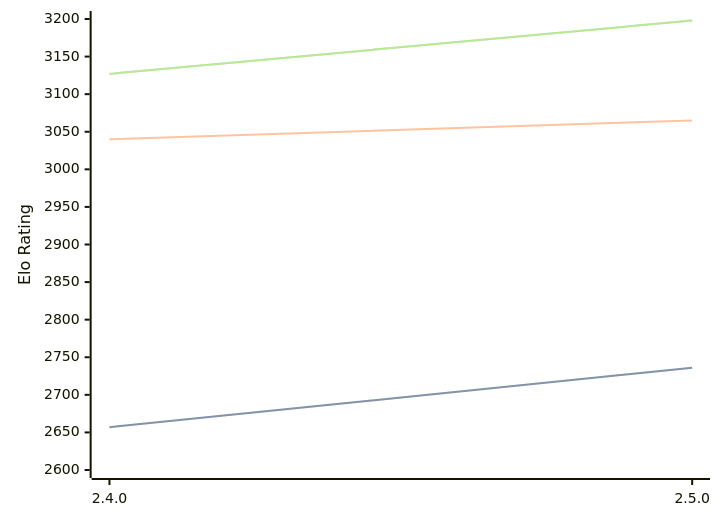
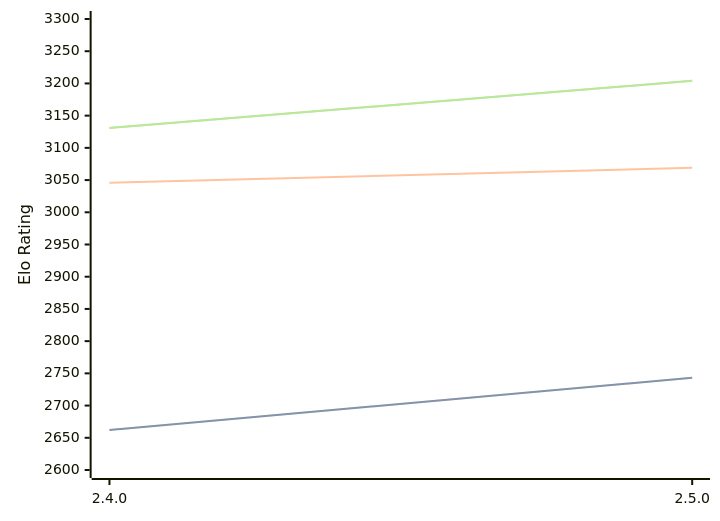
Before and after one commit to computer-chess-index/cci: the diagram in engines/Sturddle2.md, drawn with Mermaid. The commit also changed other lines of this file, not shown here.

Commit message:
Update CCI Ratings (ELO VLTC) - 2026-04-18

````diff
--- a/engines/Sturddle2.md
+++ b/engines/Sturddle2.md
@@ -37,11 +37,11 @@
 ```mermaid
 %%{init: {"theme":"base","themeVariables":{"seriesColors:['#a3a3a3','#222221','#faa371']}}}%%
 xychart-beta
   x-axis ["2.4.0", "2.5.0"]
-  y-axis "Elo Rating" 2600 --> 3200
-  line "STC (8.0+0.08s)" [2657, 2736]
-  line "STC (8.0+0.08s)" [2657, 2736]
-  line "LTC (60.0+0.60s)" [3040, 3065]
-  line "VLTC (2m24s+1.12s)" [3127, 3198]
-  line "VLTC (2m24s+1.12s)" [3127, 3198]
+  y-axis "Elo Rating" 2600 --> 3300
+  line "STC (8.0+0.08s)" [2662, 2743]
+  line "STC (8.0+0.08s)" [2662, 2743]
+  line "LTC (60.0+0.60s)" [3046, 3069]
+  line "VLTC (2m24s+1.12s)" [3131, 3204]
+  line "VLTC (2m24s+1.12s)" [3131, 3204]
 ```
````
